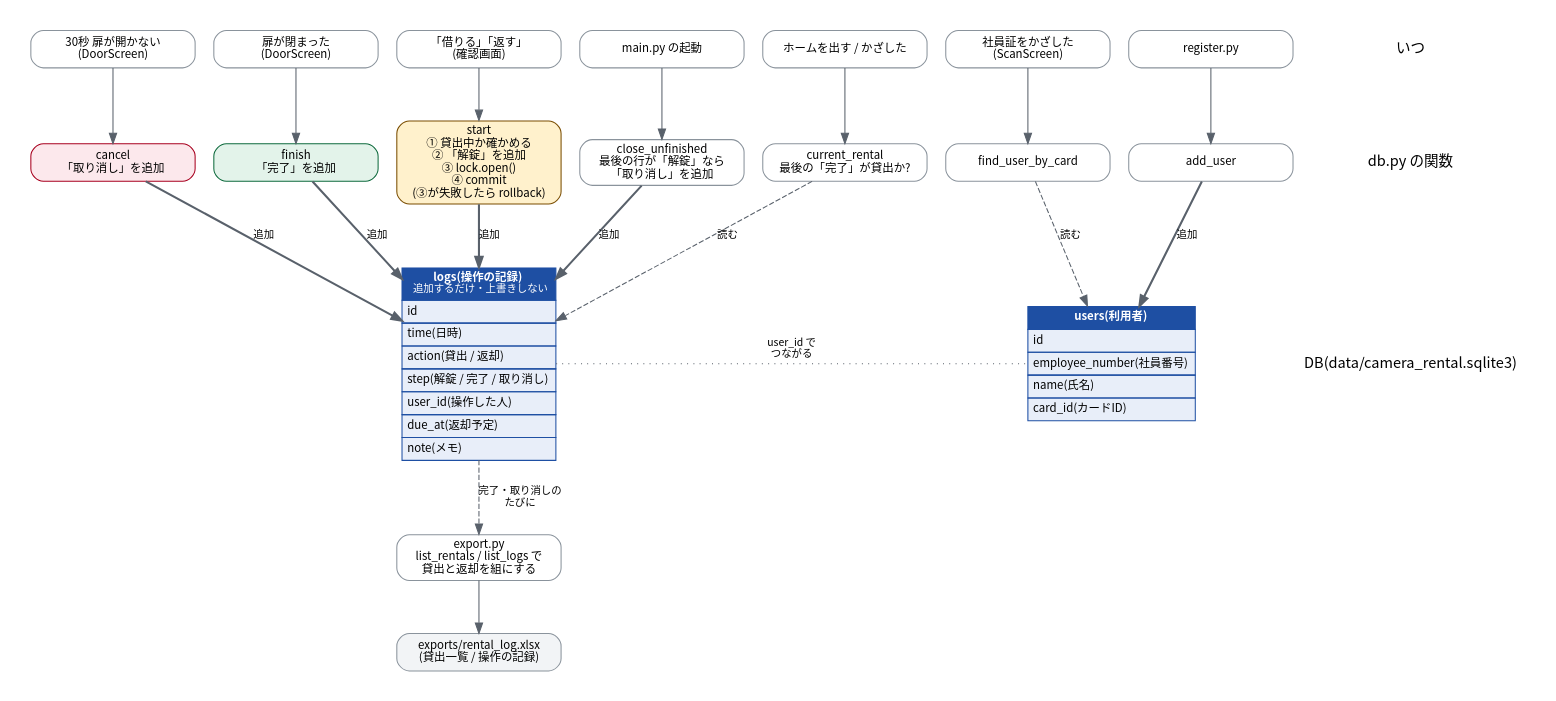
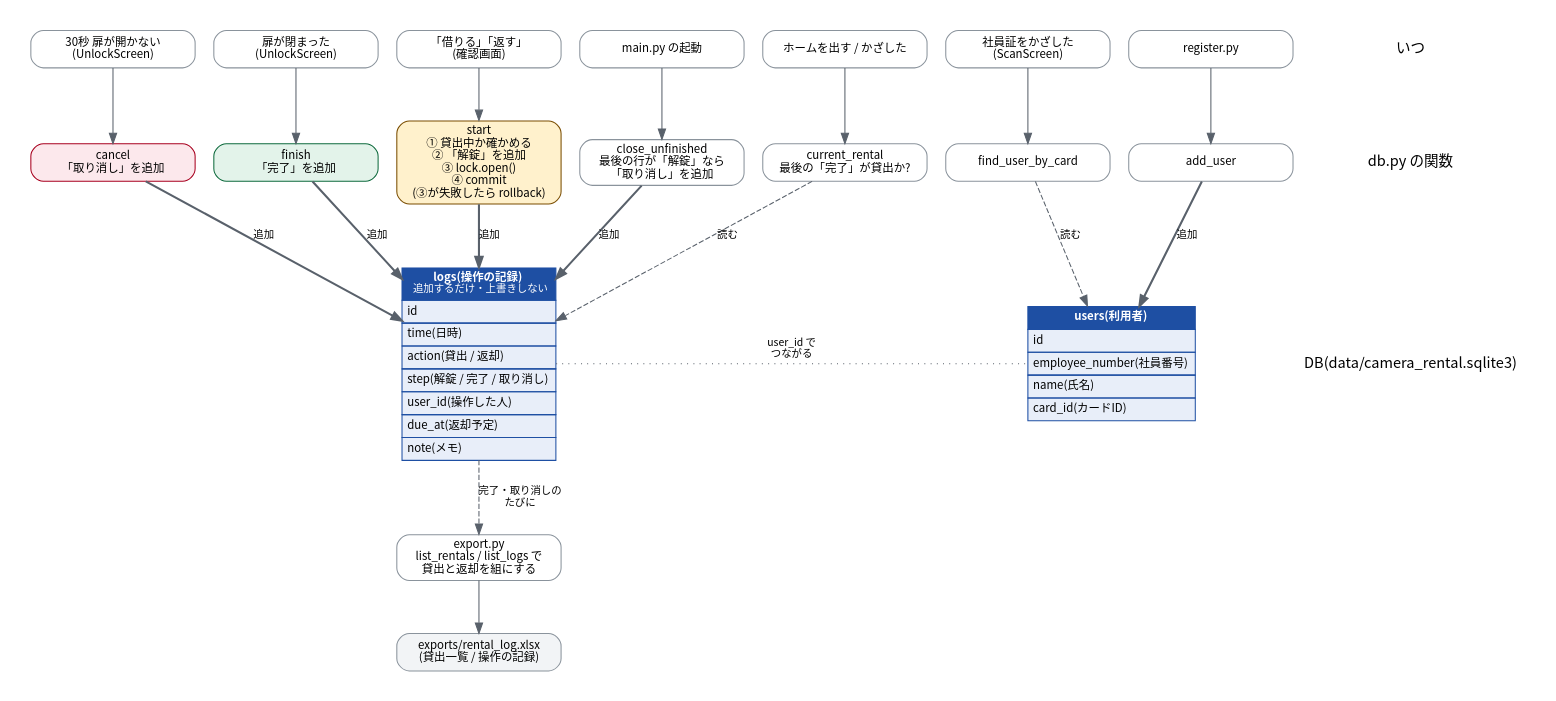
The diagram in docs/db_flow.dot (giajoe24/secure-camera-rental-system-must), drawn with Graphviz before and after one commit. The commit also changed 8 other files, not shown here.

```diff
--- a/docs/db_flow.dot
+++ b/docs/db_flow.dot
@@ -1,63 +1,63 @@
 // DB のフロー(dot -Tpng db_flow.dot -o db_flow.png で画像にする)
 // 左: いつ  →  真ん中: db.py の関数  →  右: テーブル  →  Excel
 digraph dbflow {
   graph [fontname="Noto Sans CJK JP", rankdir=TB, nodesep=0.25, ranksep=0.7, bgcolor=white, pad=0.3, newrank=true];
   node  [fontname="Noto Sans CJK JP", fontsize=11, shape=box, style="rounded,filled", fillcolor="#FFFFFF", color="#8A939C", width=2.2];
   edge  [fontname="Noto Sans CJK JP", fontsize=10, color="#59616B"];
 
-    w_noopen [label="30秒 扉が開かない\n(DoorScreen)"];
-    w_close  [label="扉が閉まった\n(DoorScreen)"];
+    w_noopen [label="30秒 扉が開かない\n(UnlockScreen)"];
+    w_close  [label="扉が閉まった\n(UnlockScreen)"];
     w_press  [label="「借りる」「返す」\n(確認画面)"];
     w_boot   [label="main.py の起動"];
     w_home   [label="ホームを出す / かざした"];
     w_scan   [label="社員証をかざした\n(ScanScreen)"];
     w_reg    [label="register.py"];
 
     f_cancel  [label="cancel\n「取り消し」を追加", fillcolor="#FCE8EC", color="#A8001F"];
     f_finish  [label="finish\n「完了」を追加", fillcolor="#E3F3EA", color="#0F6B3E"];
     f_start   [label="start\n① 貸出中か確かめる\n② 「解錠」を追加\n③ lock.open()\n④ commit\n(③が失敗したら rollback)", fillcolor="#FFF1CC", color="#7A4D00"];
     f_unfin   [label="close_unfinished\n最後の行が「解錠」なら\n「取り消し」を追加"];
     f_current [label="current_rental\n最後の「完了」が貸出か?"];
     f_find    [label="find_user_by_card"];
     f_add     [label="add_user"];
 
     logs  [shape=plain, label=<<TABLE BORDER="0" CELLBORDER="1" CELLSPACING="0" CELLPADDING="4" BGCOLOR="#E8EEF9" COLOR="#1E4FA3"><TR><TD BGCOLOR="#1E4FA3"><FONT COLOR="white"><B>logs(操作の記録)</B><BR/><FONT POINT-SIZE="10">追加するだけ・上書きしない</FONT></FONT></TD></TR><TR><TD ALIGN="LEFT">id</TD></TR><TR><TD ALIGN="LEFT">time(日時)</TD></TR><TR><TD ALIGN="LEFT">action(貸出 / 返却)</TD></TR><TR><TD ALIGN="LEFT">step(解錠 / 完了 / 取り消し)</TD></TR><TR><TD ALIGN="LEFT">user_id(操作した人)</TD></TR><TR><TD ALIGN="LEFT">due_at(返却予定)</TD></TR><TR><TD ALIGN="LEFT">note(メモ)</TD></TR></TABLE>>];
     users [shape=plain, label=<<TABLE BORDER="0" CELLBORDER="1" CELLSPACING="0" CELLPADDING="4" BGCOLOR="#E8EEF9" COLOR="#1E4FA3"><TR><TD BGCOLOR="#1E4FA3"><FONT COLOR="white"><B>users(利用者)</B></FONT></TD></TR><TR><TD ALIGN="LEFT">id</TD></TR><TR><TD ALIGN="LEFT">employee_number(社員番号)</TD></TR><TR><TD ALIGN="LEFT">name(氏名)</TD></TR><TR><TD ALIGN="LEFT">card_id(カードID)</TD></TR></TABLE>>];
 
   // 列の見出し
   h1 [label="いつ", shape=plaintext, fontsize=14, style=""];
   h2 [label="db.py の関数", shape=plaintext, fontsize=14, style=""];
   h3 [label="DB(data/camera_rental.sqlite3)", shape=plaintext, fontsize=14, style=""];
   h1 -> h2 -> h3 [style=invis];
   {rank=same; h1; w_noopen; w_close; w_press; w_boot; w_home; w_scan; w_reg;}
   {rank=same; h2; f_cancel; f_finish; f_start; f_unfin; f_current; f_find; f_add;}
   {rank=same; h3; logs; users;}
 
   f_export [label="export.py\nlist_rentals / list_logs で\n貸出と返却を組にする"];
   excel    [label="exports/rental_log.xlsx\n(貸出一覧 / 操作の記録)", fillcolor="#F2F4F6"];
 
   // いつ → 関数
   w_noopen -> f_cancel;
   w_close  -> f_finish;
   w_press  -> f_start;
   w_boot   -> f_unfin;
   w_home   -> f_current;
   w_scan   -> f_find;
   w_reg    -> f_add;
 
   // 関数 → テーブル(太い線 = 書く、細い点線 = 読む)
   f_cancel  -> logs  [label="追加", penwidth=2];
   f_finish  -> logs  [label="追加", penwidth=2];
   f_start   -> logs  [label="追加", penwidth=2];
   f_unfin   -> logs  [label="追加", penwidth=2];
   f_current -> logs  [label="読む", style=dashed];
   f_find    -> users [label="読む", style=dashed];
   f_add     -> users [label="追加", penwidth=2];
   logs -> users [label="user_id で\nつながる", style=dotted, arrowhead=none, constraint=false];
 
   // 書いたあと Excel を作り直す
   logs -> f_export [label="完了・取り消しの\nたびに", style=dashed];
   f_export -> excel;
 
 
 }
```
